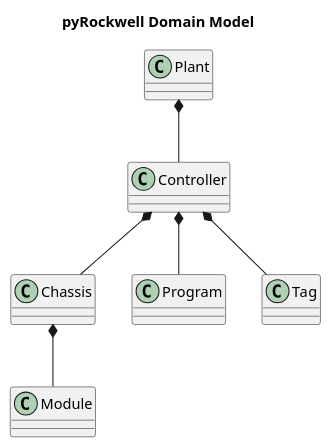
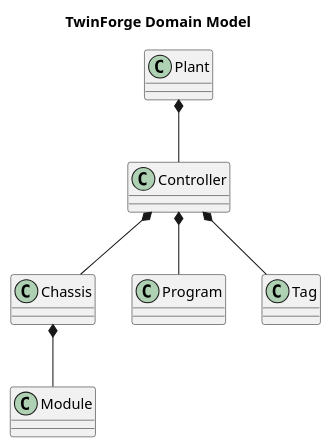
The diagram in docs/architecture/domain_model.puml (C-White-1/TwinForge), drawn with PlantUML before and after one commit. The commit also changed 13 other files, not shown here.

First line of the commit message:
Document TwinForge architecture and user workflow

```diff
--- a/docs/architecture/domain_model.puml
+++ b/docs/architecture/domain_model.puml
@@ -1,19 +1,19 @@
-@startuml
+@startuml twinforge_domain_model
 
-title pyRockwell Domain Model
+title TwinForge Domain Model
 
 class Plant
 class Controller
 class Chassis
 class Module
 class Program
 class Tag
 
 Plant *-- Controller
 Controller *-- Chassis
 Chassis *-- Module
 
 Controller *-- Program
 Controller *-- Tag
 
 @enduml
```
